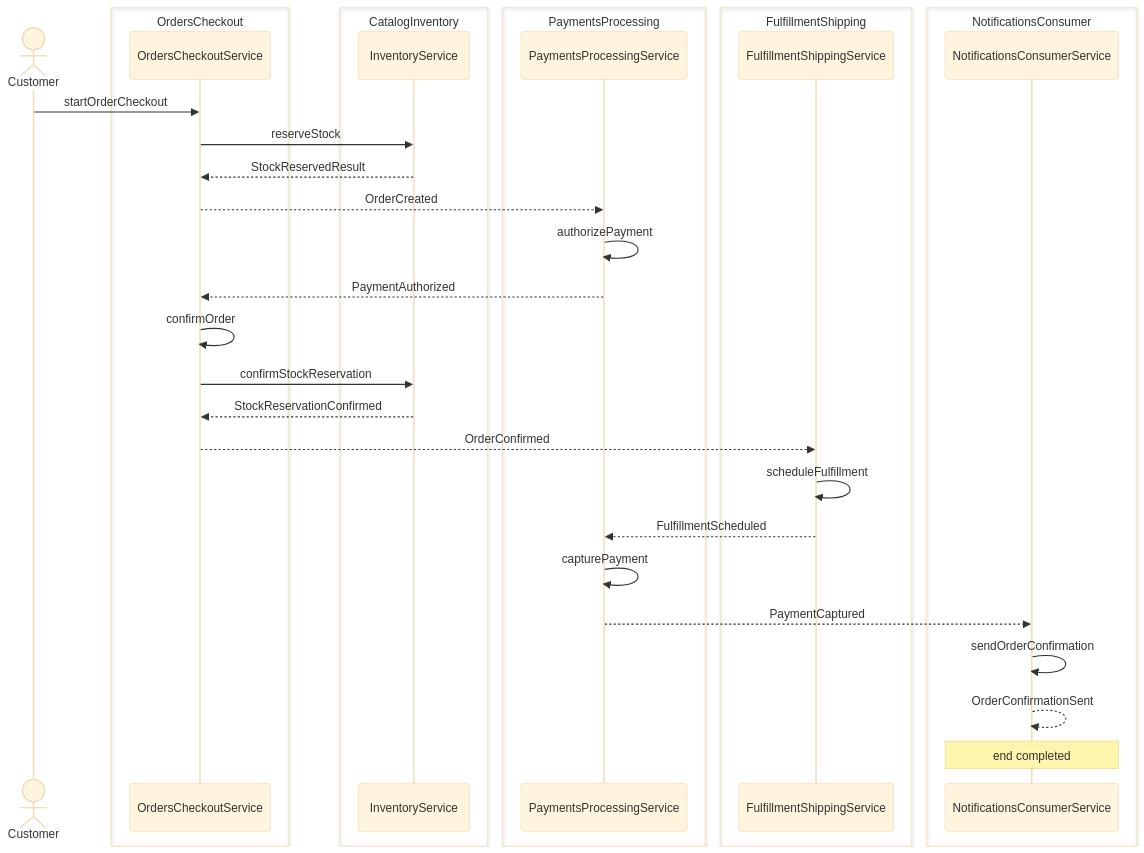
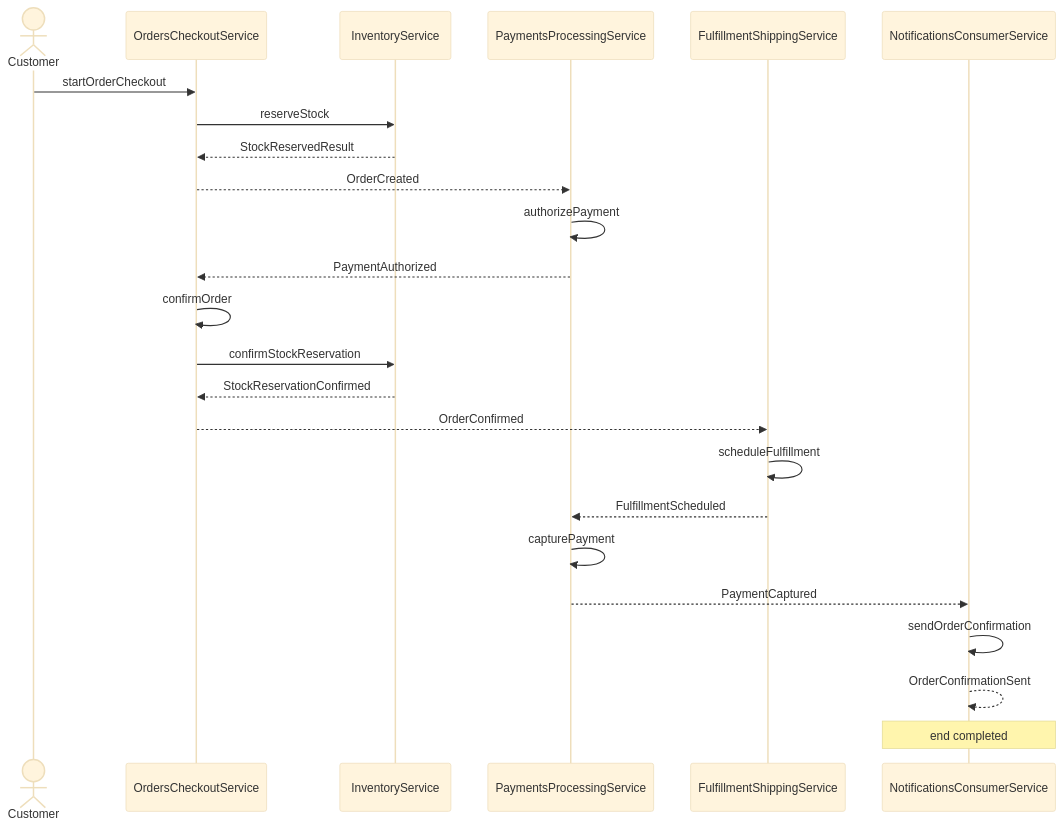
One commit to ZenWave360/dsl-kotlin changed the third of 3 diagrams in dsl-docs/src/commonTest/resources/snapshots/orders-checkout/architecture.md. Above: the diagram before and after it, drawn with Mermaid (base theme). The commit also changed 4 other files, not shown here.

Commit message:
feat(views): sequence diagrams without system boxes around participants

````diff
--- a/dsl-docs/src/commonTest/resources/snapshots/orders-checkout/architecture.md
+++ b/dsl-docs/src/commonTest/resources/snapshots/orders-checkout/architecture.md
@@ -125,36 +125,26 @@
 ```mermaid
 sequenceDiagram
     actor Customer
-    box transparent OrdersCheckout
-        participant OrdersCheckoutService as OrdersCheckoutService
-    end
-    box transparent CatalogInventory
-        participant InventoryService as InventoryService
-    end
-    box transparent PaymentsProcessing
-        participant PaymentsProcessingService as PaymentsProcessingService
-    end
-    box transparent FulfillmentShipping
-        participant FulfillmentShippingService as FulfillmentShippingService
-    end
-    box transparent NotificationsConsumer
-        participant NotificationsConsumerService as NotificationsConsumerService
-    end
+    participant OrdersCheckoutService as OrdersCheckoutService
+    participant InventoryService as InventoryService
+    participant PaymentsProcessingService as PaymentsProcessingService
+    participant FulfillmentShippingService as FulfillmentShippingService
+    participant NotificationsConsumerService as NotificationsConsumerService
     Customer->>OrdersCheckoutService: startOrderCheckout
     OrdersCheckoutService->>InventoryService: reserveStock
     InventoryService-->>OrdersCheckoutService: StockReservedResult
     OrdersCheckoutService-->>PaymentsProcessingService: OrderCreated
     PaymentsProcessingService->>PaymentsProcessingService: authorizePayment
     PaymentsProcessingService-->>OrdersCheckoutService: PaymentAuthorized
     OrdersCheckoutService->>OrdersCheckoutService: confirmOrder
     OrdersCheckoutService->>InventoryService: confirmStockReservation
     InventoryService-->>OrdersCheckoutService: StockReservationConfirmed
     OrdersCheckoutService-->>FulfillmentShippingService: OrderConfirmed
     FulfillmentShippingService->>FulfillmentShippingService: scheduleFulfillment
     FulfillmentShippingService-->>PaymentsProcessingService: FulfillmentScheduled
     PaymentsProcessingService->>PaymentsProcessingService: capturePayment
     PaymentsProcessingService-->>NotificationsConsumerService: PaymentCaptured
     NotificationsConsumerService->>NotificationsConsumerService: sendOrderConfirmation
     NotificationsConsumerService-->>NotificationsConsumerService: OrderConfirmationSent
     Note over NotificationsConsumerService: end completed
 ```
````
